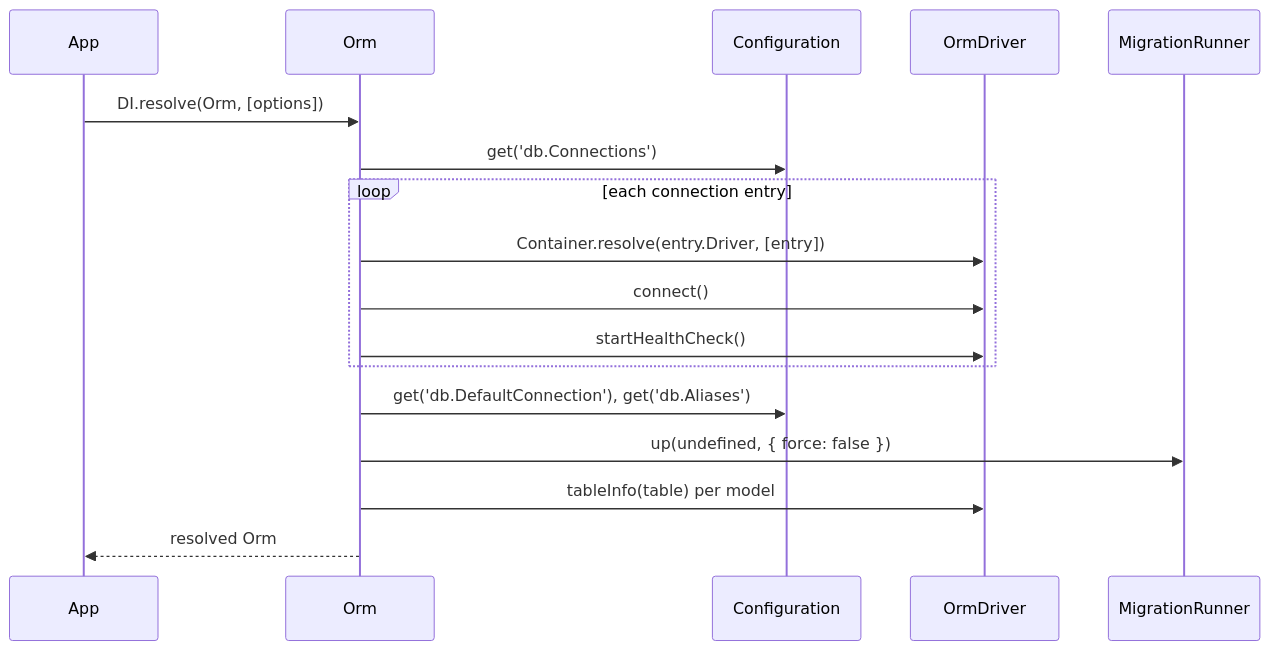
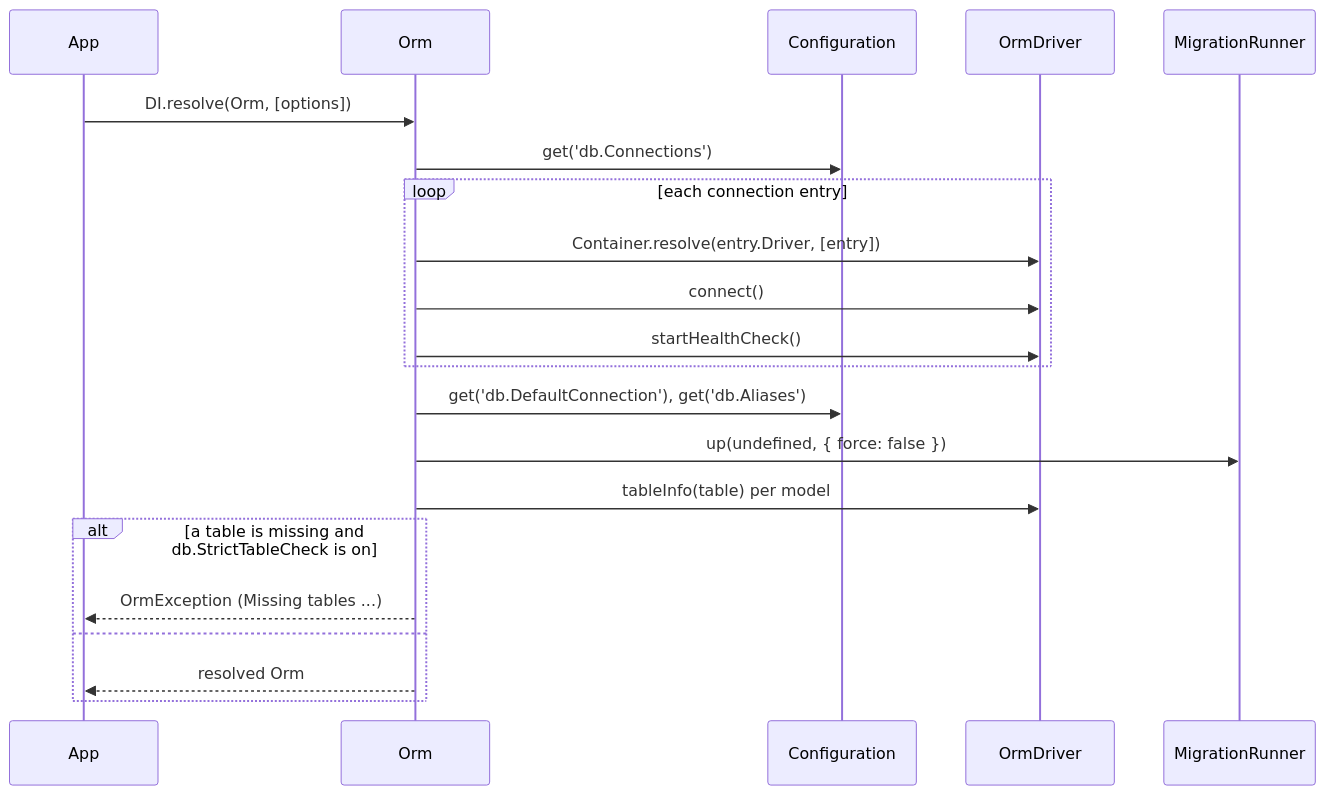
Before and after one commit to spinajs/main: the diagram in docs/orm/01-connections.md, drawn with Mermaid. The commit also changed other lines of this file and 18 other files, not shown here.

First line of the commit message:
feat(orm)!: fail the boot when a registered model's table is missing

````diff
--- a/docs/orm/01-connections.md
+++ b/docs/orm/01-connections.md
@@ -21,19 +21,23 @@
 ```mermaid
 sequenceDiagram
   participant App
   participant Orm
   participant Configuration
   participant Driver as OrmDriver
   participant Runner as MigrationRunner
   App->>Orm: DI.resolve(Orm, [options])
   Orm->>Configuration: get('db.Connections')
   loop each connection entry
     Orm->>Driver: Container.resolve(entry.Driver, [entry])
     Orm->>Driver: connect()
     Orm->>Driver: startHealthCheck()
   end
   Orm->>Configuration: get('db.DefaultConnection'), get('db.Aliases')
   Orm->>Runner: up(undefined, { force: false })
   Orm->>Driver: tableInfo(table) per model
-  Orm-->>App: resolved Orm
+  alt a table is missing and db.StrictTableCheck is on
+    Orm-->>App: OrmException (Missing tables ...)
+  else
+    Orm-->>App: resolved Orm
+  end
 ```
````
